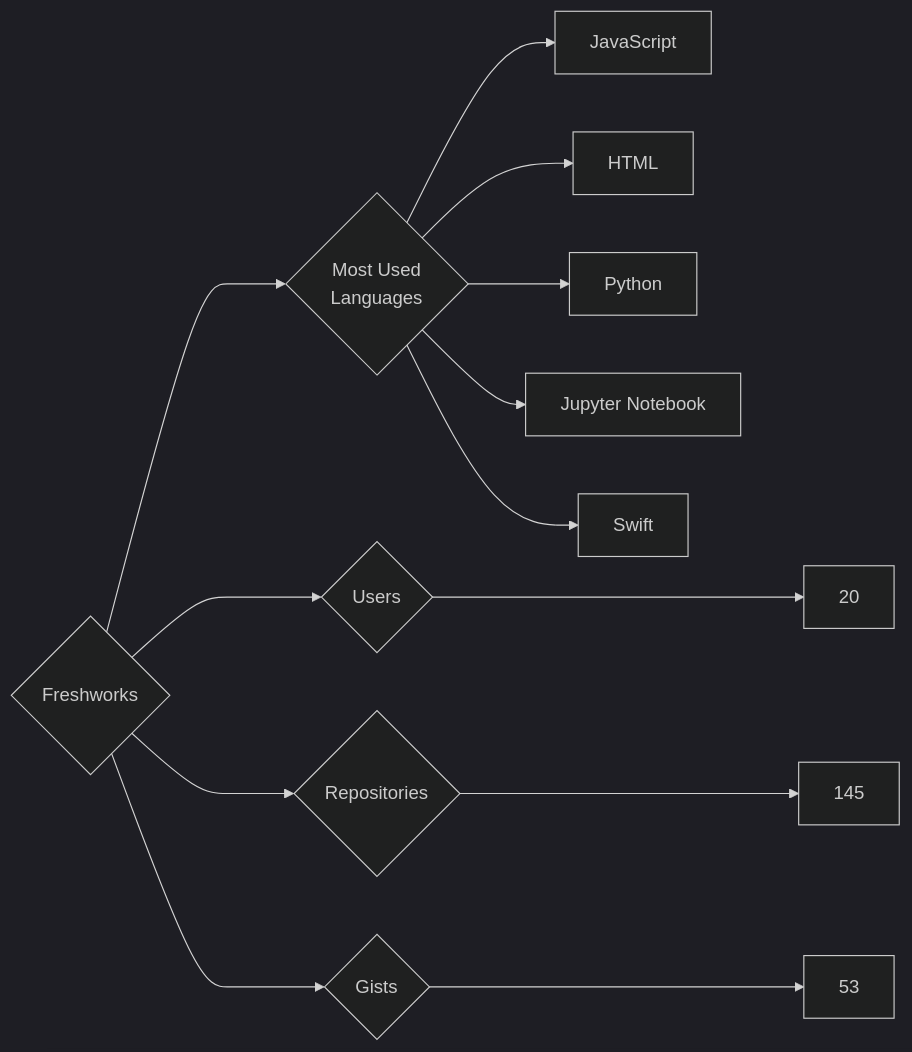
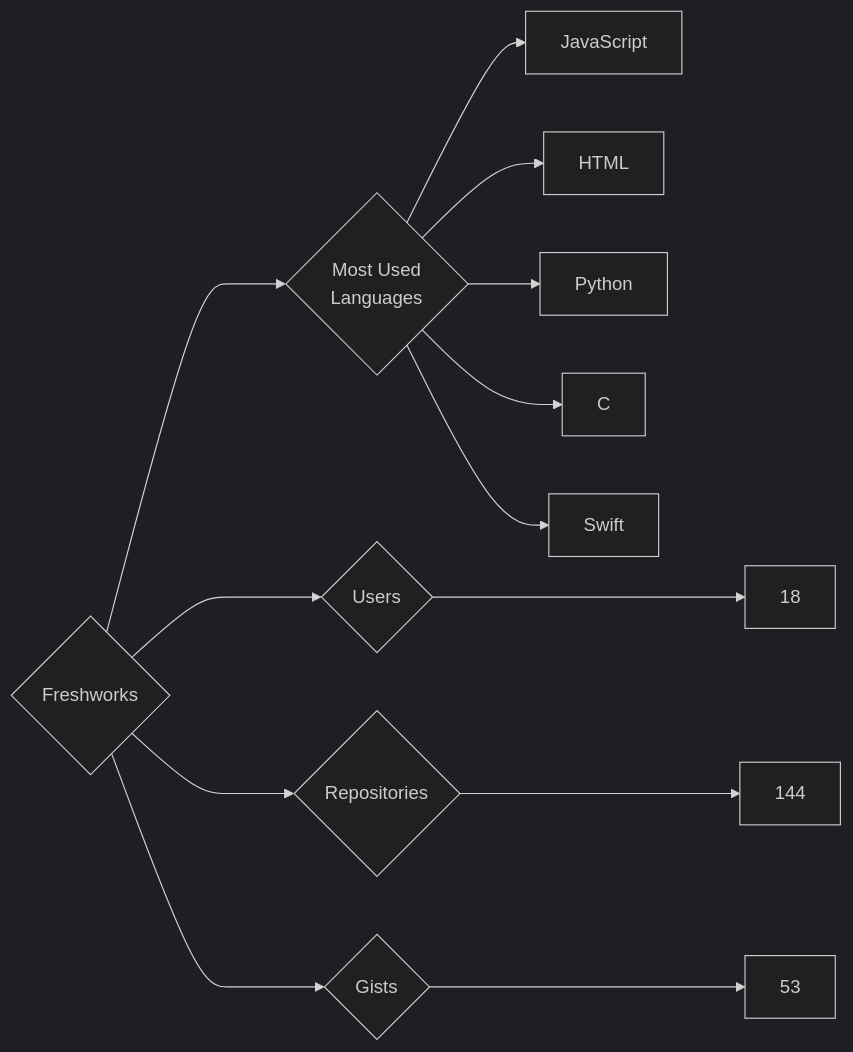
Before and after one commit to trickest/insiders: the diagram in targets/Freshworks/README.md, drawn with Mermaid (dark theme). The commit also changed 640 other files, not shown here.

````diff
--- a/targets/Freshworks/README.md
+++ b/targets/Freshworks/README.md
@@ -3,13 +3,13 @@
 ```mermaid
 graph LR
 COMPANY_NAME{Freshworks}
-COMPANY_NAME ---> U{Users} ---> UN[20]
-COMPANY_NAME ---> R{Repositories} ---> RN[145]
+COMPANY_NAME ---> U{Users} ---> UN[18]
+COMPANY_NAME ---> R{Repositories} ---> RN[144]
 COMPANY_NAME ---> G{Gists} ---> GN[53]
 COMPANY_NAME ---> ML{Most Used<br>Languages}
 ML --> JavaScript[JavaScript]
 ML --> HTML[HTML]
 ML --> Python[Python]
-ML --> Jupyter_Notebook[Jupyter Notebook]
+ML --> C[C]
 ML --> Swift[Swift]
 ```
````
